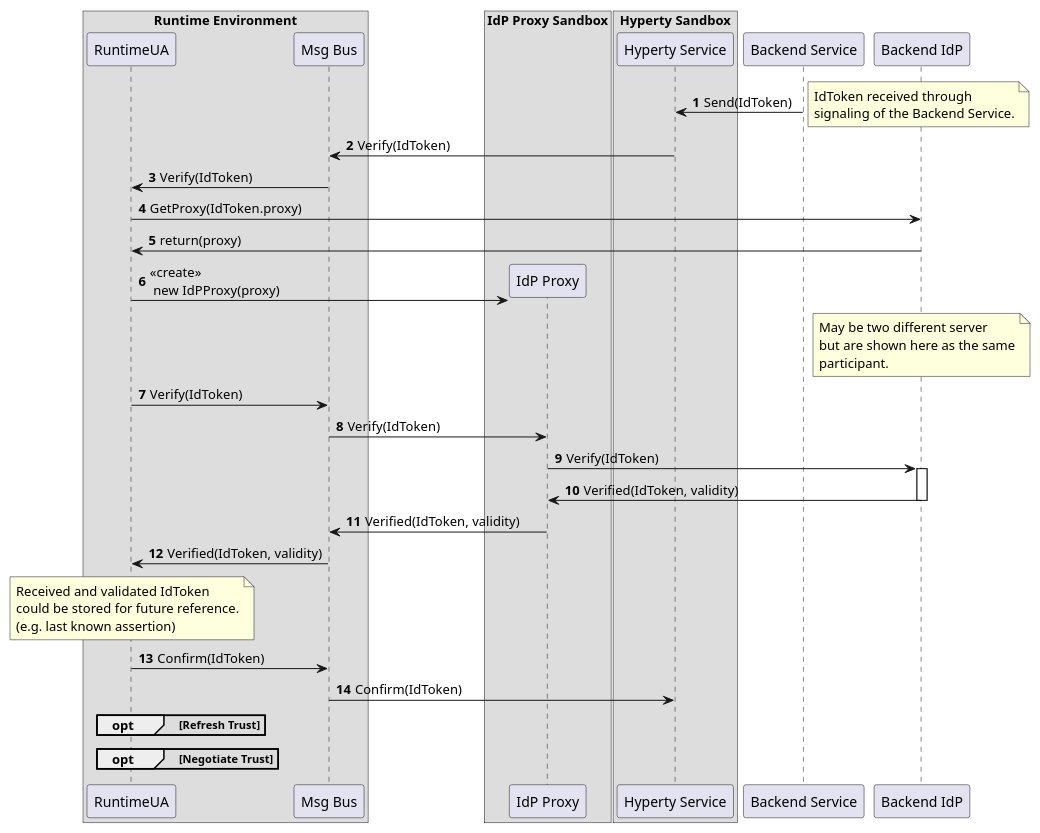
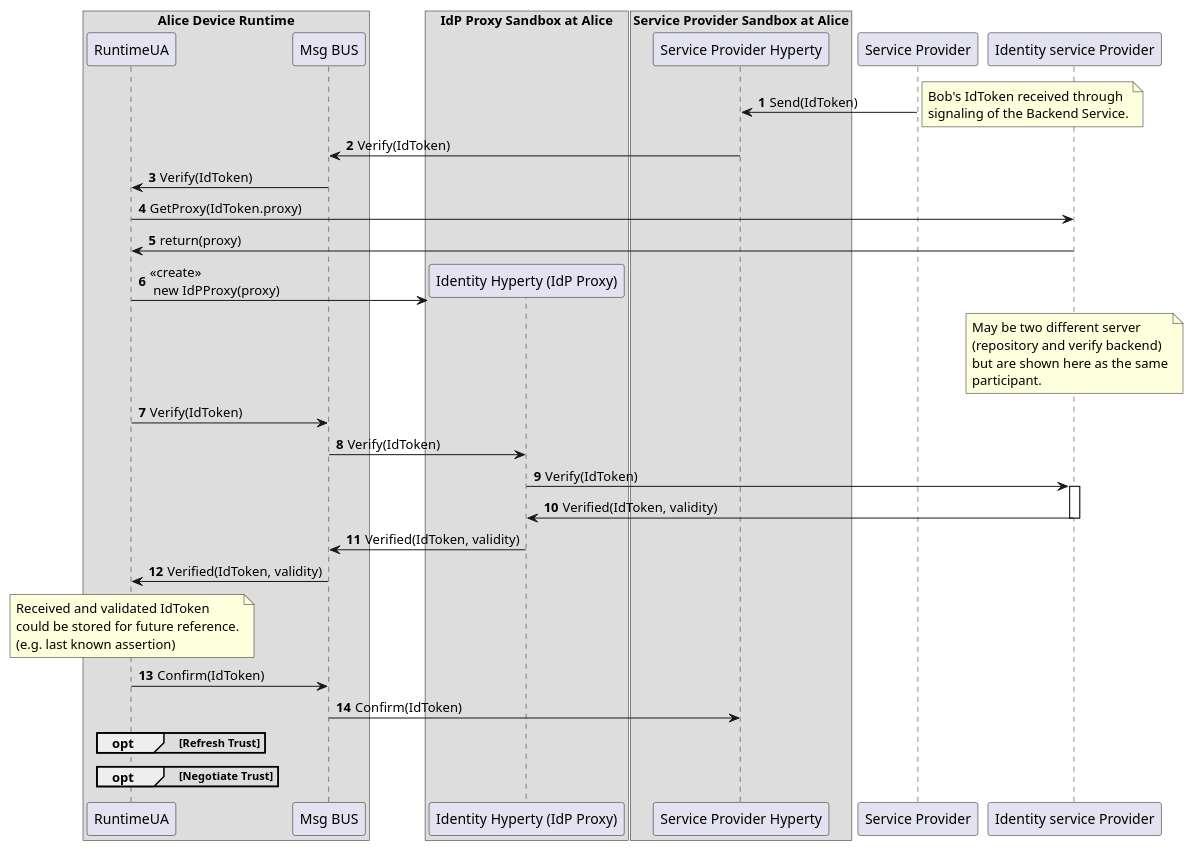
One commit to reTHINK-project/core-framework changed the diagram in docs/specs/runtime/dynamic-view/identity-management/uid-assertion-seq.plantuml. Above: the diagram before and after it, drawn with PlantUML.

```diff
--- a/docs/specs/runtime/dynamic-view/identity-management/uid-assertion-seq.plantuml
+++ b/docs/specs/runtime/dynamic-view/identity-management/uid-assertion-seq.plantuml
@@ -1,60 +1,61 @@
 @startuml
 autonumber
 
-box "Runtime Environment"
+box "Alice Device Runtime"
         participant RuntimeUA as runtime
-        participant "Msg Bus" as msgbus
+        participant "Msg BUS" as msgbus
 end box
-box "IdP Proxy Sandbox"
-        participant "IdP Proxy" as idpproxy
+box "IdP Proxy Sandbox at Alice"
+        participant "Identity Hyperty (IdP Proxy)" as idpproxy
 end box
-box "Hyperty Sandbox"
-        participant "Hyperty Service" as hyperty
+box "Service Provider Sandbox at Alice"
+        participant "Service Provider Hyperty" as hyperty
 end box
-participant "Backend Service" as backend
-participant "Backend IdP" as idp
+participant "Service Provider" as backend
+participant "Identity service Provider" as idp
 
 backend  -> hyperty     : Send(IdToken)
 note right
-        IdToken received through
+        Bob's IdToken received through
         signaling of the Backend Service.
 end note
 
 hyperty  -> msgbus      : Verify(IdToken)
 msgbus   -> runtime     : Verify(IdToken)
 runtime  -> idp         : GetProxy(IdToken.proxy)
 idp      -> runtime     : return(proxy)
 create idpproxy
 runtime  -> idpproxy    : <<create>>\n new IdPProxy(proxy)
 
 note over idp
         May be two different server
+        (repository and verify backend)
         but are shown here as the same
         participant.
 end note
 
 runtime  -> msgbus      : Verify(IdToken)
 msgbus   -> idpproxy    : Verify(IdToken)
 idpproxy -> idp         : Verify(IdToken)
 activate idp
 idp      -> idpproxy    : Verified(IdToken, validity)
 deactivate idp
 idpproxy -> msgbus      : Verified(IdToken, validity)
 msgbus   -> runtime     : Verified(IdToken, validity)
 note over runtime
         Received and validated IdToken
         could be stored for future reference.
         (e.g. last known assertion)
 end note
 
 runtime  -> msgbus      : Confirm(IdToken)
 msgbus   -> hyperty     : Confirm(IdToken)
 
 opt Refresh Trust
 end
 
 opt Negotiate Trust
 end
 
 
 @enduml
```
